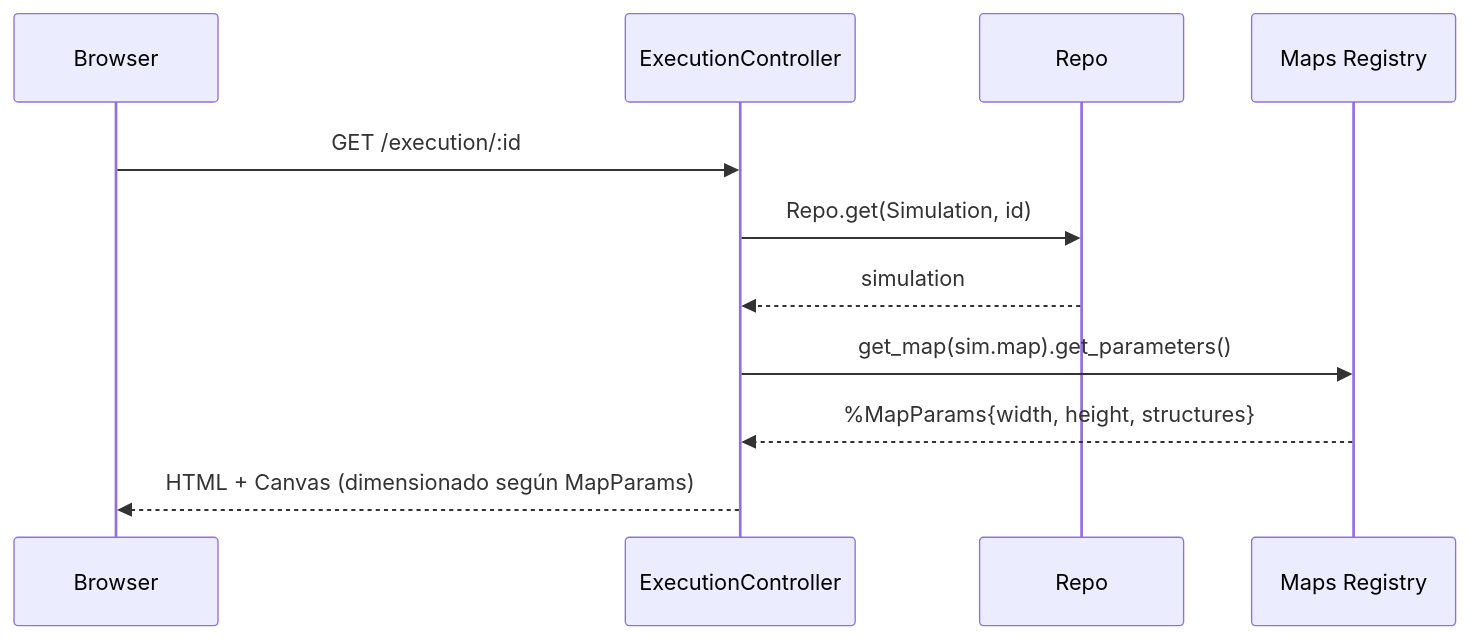
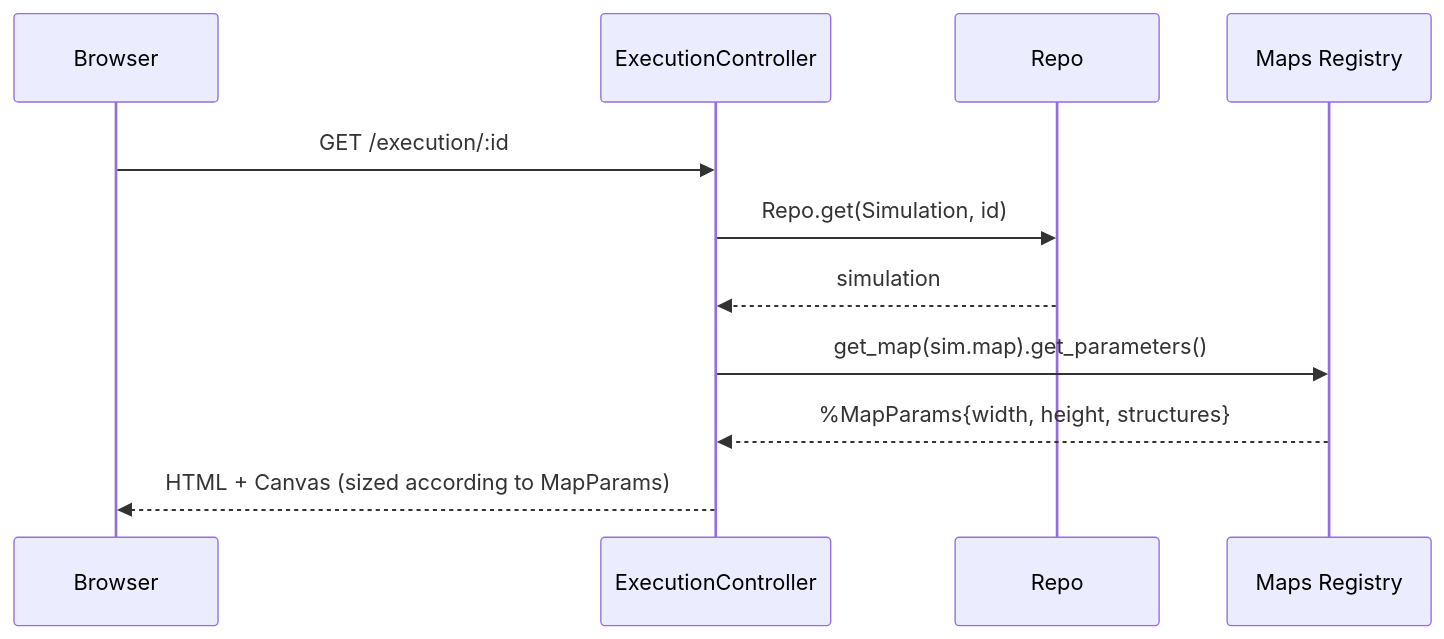
One commit to FLAGlab/Elixir-Swarm-Simulator changed the third of 11 diagrams in docs/data_flows.md. Above: the diagram before and after it, drawn with Mermaid. The commit also changed other lines of this file and 40 other files, not shown here.

````diff
--- a/docs/data_flows.md
+++ b/docs/data_flows.md
@@ -84,14 +84,14 @@
 ```mermaid
 sequenceDiagram
     participant B as Browser
     participant EC as ExecutionController
     participant DB as Repo
     participant Maps as Maps Registry
 
     B->>EC: GET /execution/:id
     EC->>DB: Repo.get(Simulation, id)
     DB-->>EC: simulation
     EC->>Maps: get_map(sim.map).get_parameters()
     Maps-->>EC: %MapParams{width, height, structures}
-    EC-->>B: HTML + Canvas (dimensionado según MapParams)
+    EC-->>B: HTML + Canvas (sized according to MapParams)
 ```
````
